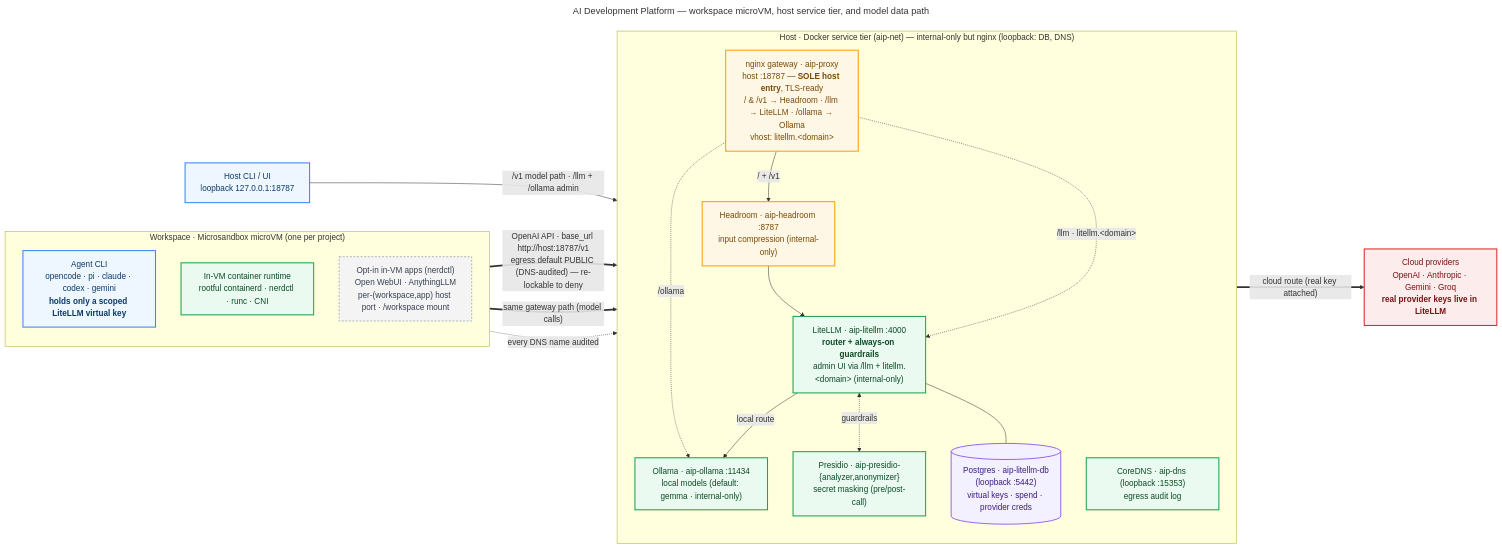
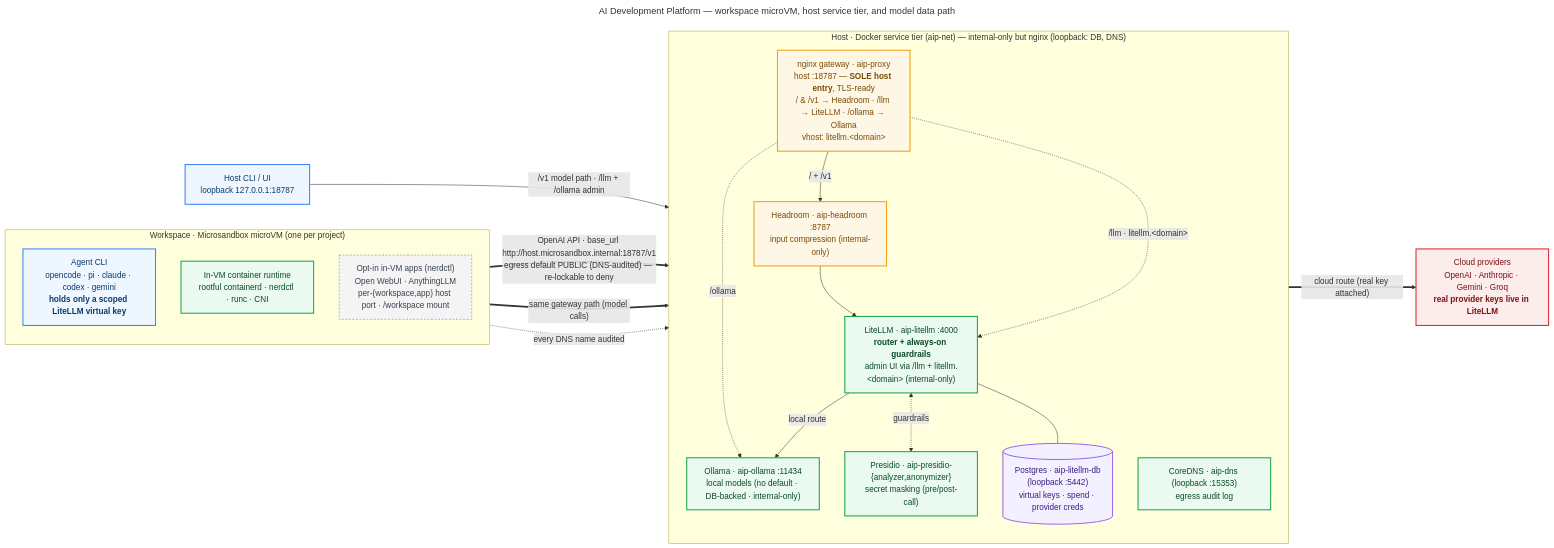
Before and after one commit to jt-helsinki/stack-genie: the diagram in docs/architecture.mmd, drawn with Mermaid. The commit also changed 11 other files, not shown here.

```diff
--- a/docs/architecture.mmd
+++ b/docs/architecture.mmd
@@ -1,43 +1,43 @@
 ---
 title: AI Development Platform — workspace microVM, host service tier, and model data path
 ---
 flowchart LR
   classDef vm fill:#eef6ff,stroke:#3b82f6,stroke-width:2px,color:#0b3a6b;
   classDef gw fill:#fff7e6,stroke:#f59e0b,stroke-width:2px,color:#7a4a05;
   classDef core fill:#eafaf0,stroke:#16a34a,stroke-width:2px,color:#0b4a25;
   classDef store fill:#f3f0ff,stroke:#7c3aed,stroke-width:1.5px,color:#3b1d80;
   classDef opt fill:#f4f4f5,stroke:#9ca3af,stroke-width:1.5px,stroke-dasharray:4 3,color:#374151;
   classDef cloud fill:#fdecec,stroke:#dc2626,stroke-width:2px,color:#7a1212;
 
   subgraph WS["Workspace · Microsandbox microVM (one per project)"]
     direction TB
     AGENT["Agent CLI<br/>opencode · pi · claude · codex · gemini<br/><b>holds only a scoped LiteLLM virtual key</b>"]:::vm
     RT["In-VM container runtime<br/>rootful containerd · nerdctl · runc · CNI"]:::core
     APPS["Opt-in in-VM apps (nerdctl)<br/>Open WebUI · AnythingLLM<br/>per-(workspace,app) host port · /workspace mount"]:::opt
   end
 
   subgraph TIER["Host · Docker service tier (aip-net) — internal-only but nginx (loopback: DB, DNS)"]
     direction TB
     PROXY["nginx gateway · aip-proxy<br/>host :18787 — <b>SOLE host entry</b>, TLS-ready<br/>/ &amp; /v1 → Headroom · /llm → LiteLLM · /ollama → Ollama<br/>vhost: litellm.&lt;domain&gt;"]:::gw
     HEAD["Headroom · aip-headroom :8787<br/>input compression (internal-only)"]:::gw
     LLM["LiteLLM · aip-litellm :4000<br/><b>router + always-on guardrails</b><br/>admin UI via /llm + litellm.&lt;domain&gt; (internal-only)"]:::core
     PG[("Postgres · aip-litellm-db<br/>(loopback :5442)<br/>virtual keys · spend · provider creds")]:::store
     PRES["Presidio · aip-presidio-{analyzer,anonymizer}<br/>secret masking (pre/post-call)"]:::core
-    OLL["Ollama · aip-ollama :11434<br/>local models (default: gemma · internal-only)"]:::core
+    OLL["Ollama · aip-ollama :11434<br/>local models (no default · DB-backed · internal-only)"]:::core
     DNS["CoreDNS · aip-dns (loopback :15353)<br/>egress audit log"]:::core
   end
 
   CLI["Host CLI / UI<br/>loopback 127.0.0.1:18787"]:::vm
   CLOUD["Cloud providers<br/>OpenAI · Anthropic · Gemini · Groq<br/><b>real provider keys live in LiteLLM</b>"]:::cloud
 
-  AGENT == "OpenAI API · base_url http://host:18787/v1<br/>egress default PUBLIC (DNS-audited) — re-lockable to deny" ==> PROXY
+  AGENT == "OpenAI API · base_url http://host.microsandbox.internal:18787/v1<br/>egress default PUBLIC (DNS-audited) — re-lockable to deny" ==> PROXY
   APPS == "same gateway path (model calls)" ==> PROXY
   CLI -- "/v1 model path · /llm + /ollama admin" --> PROXY
   AGENT -. "every DNS name audited" .-> DNS
   PROXY -- "/ + /v1" --> HEAD --> LLM
   PROXY -. "/llm · litellm.&lt;domain&gt;" .-> LLM
   PROXY -. "/ollama" .-> OLL
   LLM <-. "guardrails" .-> PRES
   LLM --- PG
   LLM -- "local route" --> OLL
   LLM == "cloud route (real key attached)" ==> CLOUD
```
